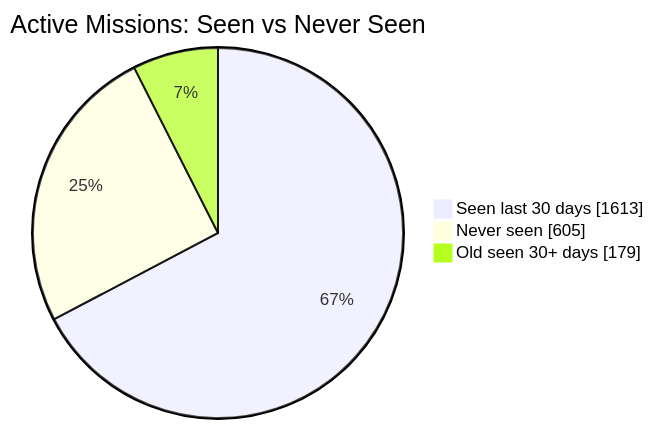
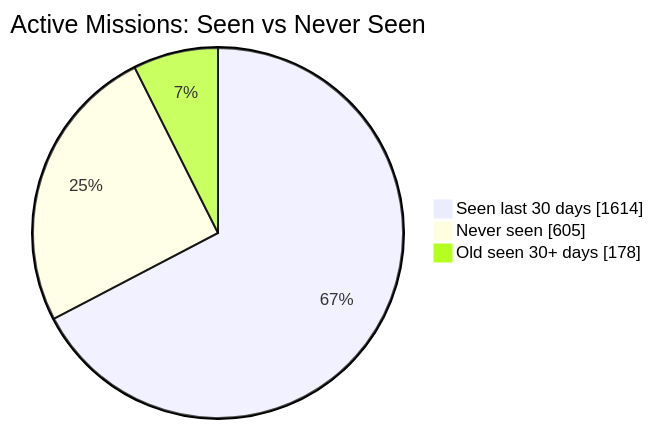
One commit to MeldkamerspelGameTeam/active-missions changed the first of 2 diagrams in README.md. Above: the diagram before and after it, drawn with Mermaid. The commit also changed other lines of this file and 3 other files, not shown here.

````diff
--- a/README.md
+++ b/README.md
@@ -34,7 +34,7 @@
 ```mermaid
 pie showData
     title Active Missions: Seen vs Never Seen
-    "Seen last 30 days" : 1613
+    "Seen last 30 days" : 1614
     "Never seen" : 605
-    "Old seen 30+ days" : 179
+    "Old seen 30+ days" : 178
 ```
````
